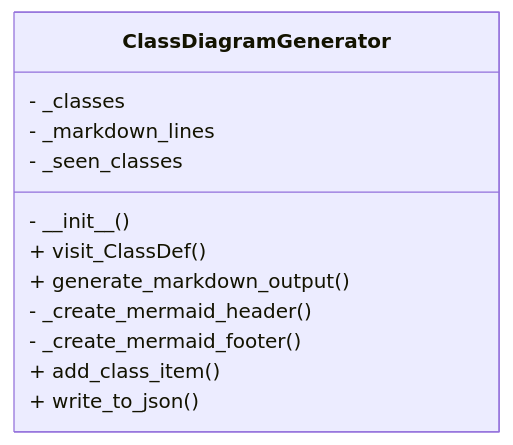
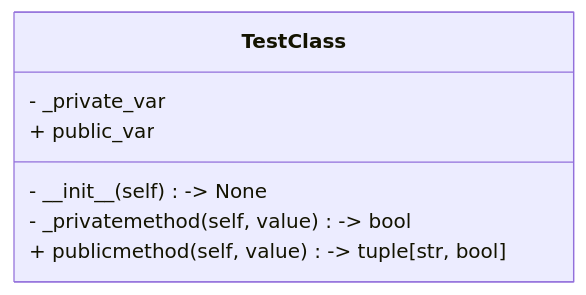
One commit to FabianGnatzig/MermaidGenerator changed the first of 3 diagrams in class_diagrams.md. Above: the diagram before and after it, drawn with Mermaid. The commit also changed other lines of this file, not shown here.

Commit message:
docs: updated class diagram

````diff
--- a/class_diagrams.md
+++ b/class_diagrams.md
@@ -3,15 +3,10 @@
 ```mermaid
 classDiagram
-    class ClassDiagramGenerator {
-- \_classes
-- \_markdown\_lines
-- \_seen\_classes
-- \_\_init\_\_()
-+ visit_ClassDef()
-+ generate_markdown_output()
-- \_create\_mermaid\_header()
-- \_create\_mermaid\_footer()
-+ add_class_item()
-+ write_to_json()
+    class TestClass {
+- \_private\_var
++ public_var
+- \_\_init\_\_(self) -> None
+- \_privatemethod(self, value) -> bool
++ publicmethod(self, value) -> tuple[str, bool]
 }
 ```
````
